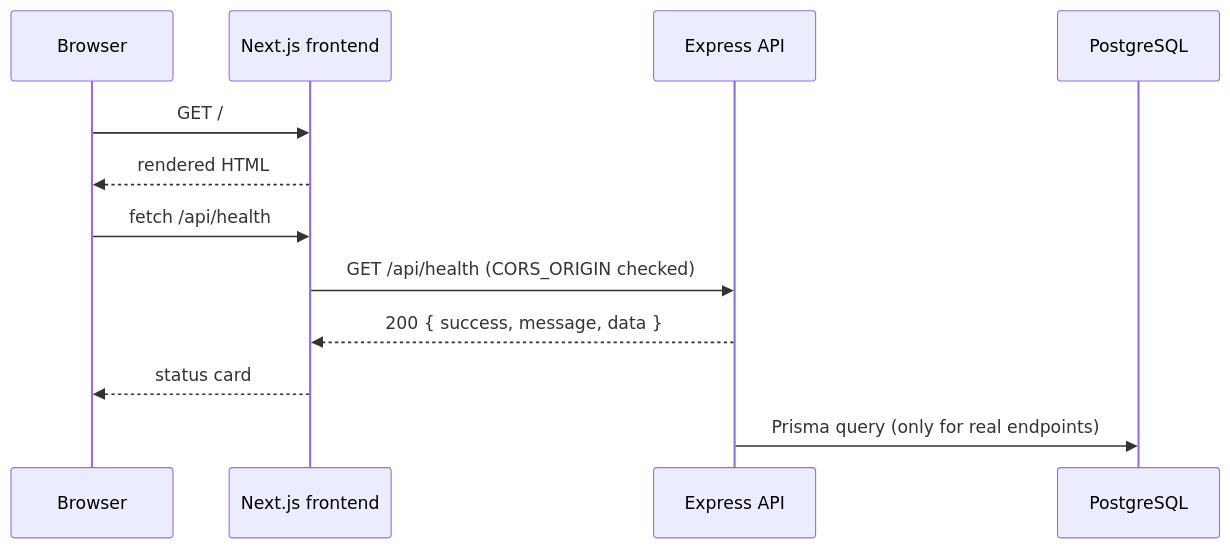
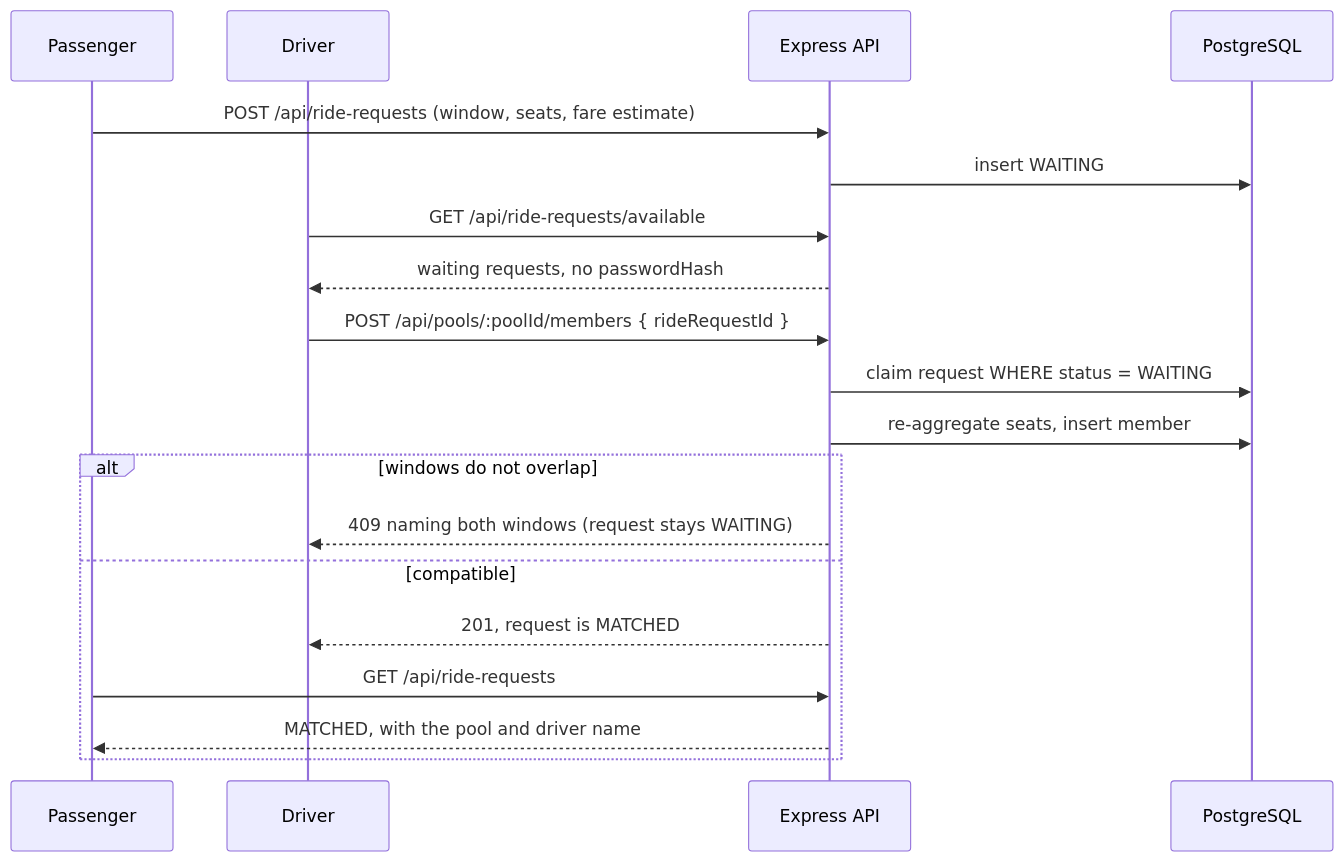
Before and after one commit to prithiafrose/RoBenRidePool: the second of 5 diagrams in docs/architecture.md, drawn with Mermaid. The commit also changed other lines of this file and 35 other files, not shown here.

````diff
--- a/docs/architecture.md
+++ b/docs/architecture.md
@@ -24,15 +26,22 @@
 ```mermaid
 sequenceDiagram
-    participant B as Browser
-    participant F as Next.js frontend
+    participant Pa as Passenger
+    participant D as Driver
     participant A as Express API
     participant P as PostgreSQL
 
-    B->>F: GET /
-    F-->>B: rendered HTML
-    B->>F: fetch /api/health
-    F->>A: GET /api/health (CORS_ORIGIN checked)
-    A-->>F: 200 { success, message, data }
-    F-->>B: status card
-    A->>P: Prisma query (only for real endpoints)
+    Pa->>A: POST /api/ride-requests (window, seats, fare estimate)
+    A->>P: insert WAITING
+    D->>A: GET /api/ride-requests/available
+    A-->>D: waiting requests, no passwordHash
+    D->>A: POST /api/pools/:poolId/members { rideRequestId }
+    A->>P: claim request WHERE status = WAITING
+    A->>P: re-aggregate seats, insert member
+    alt windows do not overlap
+        A-->>D: 409 naming both windows (request stays WAITING)
+    else compatible
+        A-->>D: 201, request is MATCHED
+        Pa->>A: GET /api/ride-requests
+        A-->>Pa: MATCHED, with the pool and driver name
+    end
 ```
````
